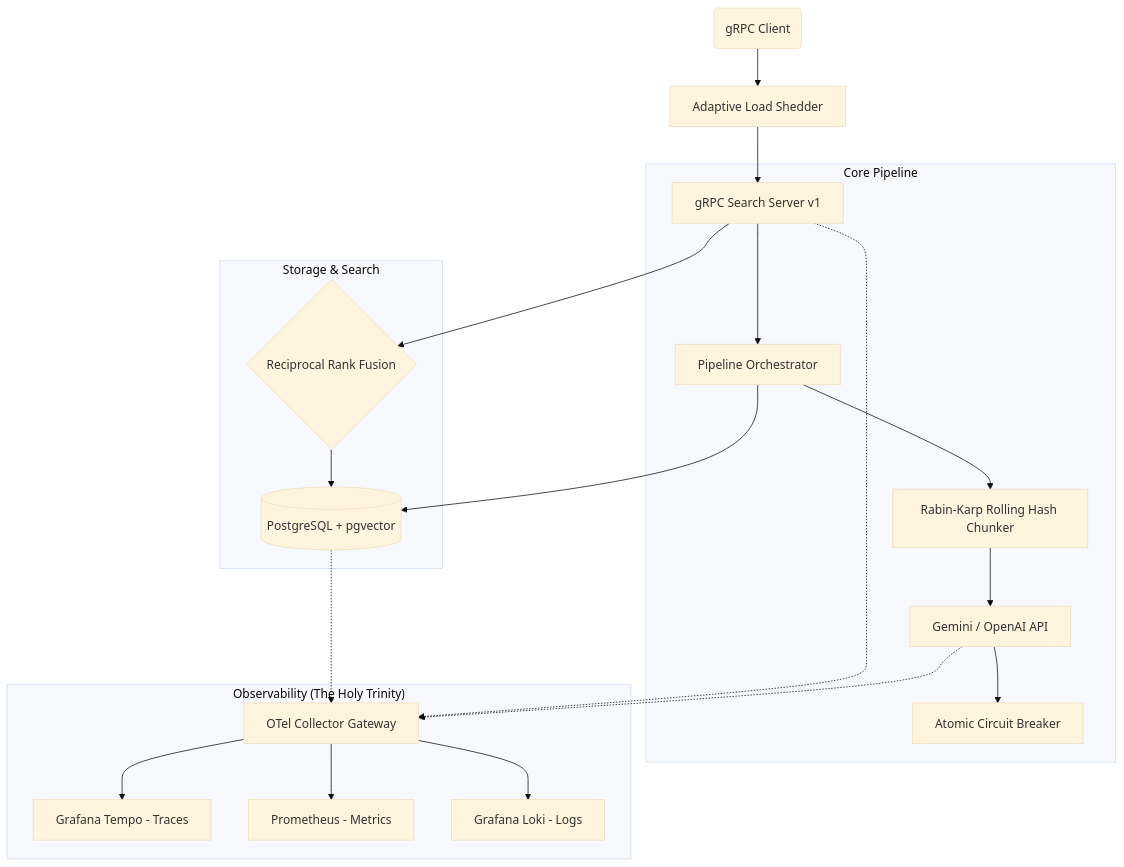
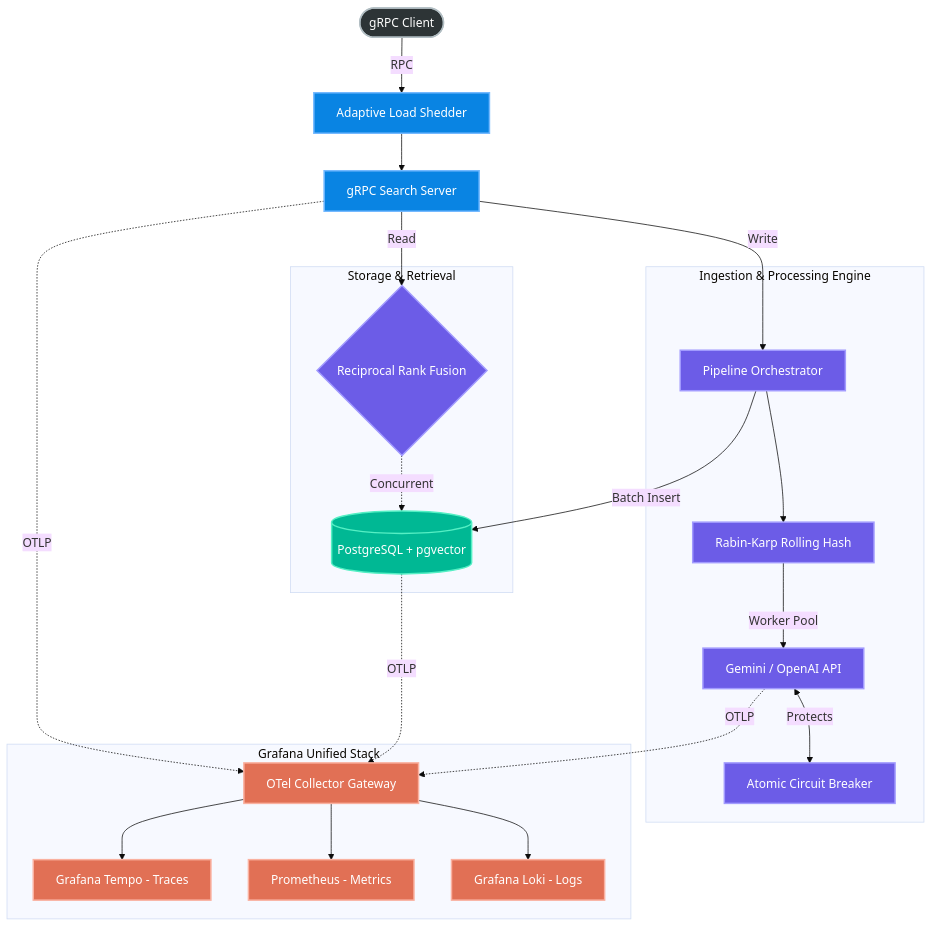
The diagram in ARCHITECTURE.md (Rebira678/Retriever), drawn with Mermaid (base theme) before and after one commit. The commit also changed other lines of this file and 2 other files, not shown here.

Commit message:
docs: elevate architecture and benchmark documentation to senior level

````diff
--- a/ARCHITECTURE.md
+++ b/ARCHITECTURE.md
@@ -7,28 +7,55 @@
 ```mermaid
 graph TD
-    Client(gRPC Client) --> RateLimiter[Adaptive Load Shedder]
-    RateLimiter --> Server[gRPC Search Server v1]
+    %% Define Styles
+    classDef client fill:#2d3436,stroke:#b2bec3,stroke-width:2px,color:#fff;
+    classDef middleware fill:#0984e3,stroke:#74b9ff,stroke-width:2px,color:#fff;
+    classDef core fill:#6c5ce7,stroke:#a29bfe,stroke-width:2px,color:#fff;
+    classDef db fill:#00b894,stroke:#55efc4,stroke-width:2px,color:#fff;
+    classDef obs fill:#e17055,stroke:#fab1a0,stroke-width:2px,color:#fff;
+
+    %% Nodes
+    Client([gRPC Client]):::client
+    RateLimiter[Adaptive Load Shedder]:::middleware
+    Server[gRPC Search Server]:::middleware
     
-    subgraph "Core Pipeline"
-        Server --> Orchestrator[Pipeline Orchestrator]
-        Orchestrator --> Chunker[Rabin-Karp Rolling Hash Chunker]
-        Chunker --> Embedder[Gemini / OpenAI API]
-        Embedder --> CB[Atomic Circuit Breaker]
+    subgraph Core Pipeline [Ingestion & Processing Engine]
+        Orchestrator[Pipeline Orchestrator]:::core
+        Chunker[Rabin-Karp Rolling Hash]:::core
+        Embedder[Gemini / OpenAI API]:::core
+        CB[Atomic Circuit Breaker]:::core
     end
     
-    subgraph "Storage & Search"
-        Orchestrator --> Postgres[(PostgreSQL + pgvector)]
-        Server --> HybridSearch{Reciprocal Rank Fusion}
-        HybridSearch --> Postgres
+    subgraph Data Layer [Storage & Retrieval]
+        Postgres[(PostgreSQL + pgvector)]:::db
+        HybridSearch{Reciprocal Rank Fusion}:::core
     end
     
-    subgraph "Observability (The Holy Trinity)"
-        Server -.-> OTel[OTel Collector Gateway]
-        Postgres -.-> OTel
-        Embedder -.-> OTel
-        
-        OTel --> Tempo[Grafana Tempo - Traces]
-        OTel --> Prometheus[Prometheus - Metrics]
-        OTel --> Loki[Grafana Loki - Logs]
+    subgraph Observability [Grafana Unified Stack]
+        OTel[OTel Collector Gateway]:::obs
+        Tempo[Grafana Tempo - Traces]:::obs
+        Prometheus[Prometheus - Metrics]:::obs
+        Loki[Grafana Loki - Logs]:::obs
     end
+
+    %% Edges
+    Client -->|RPC| RateLimiter
+    RateLimiter --> Server
+    
+    Server -->|Write| Orchestrator
+    Orchestrator --> Chunker
+    Chunker -->|Worker Pool| Embedder
+    Embedder <-->|Protects| CB
+    
+    Server -->|Read| HybridSearch
+    HybridSearch -.->|Concurrent| Postgres
+    Orchestrator -->|Batch Insert| Postgres
+    
+    %% Telemetry Edges
+    Server -.->|OTLP| OTel
+    Postgres -.->|OTLP| OTel
+    Embedder -.->|OTLP| OTel
+    
+    OTel --> Tempo
+    OTel --> Prometheus
+    OTel --> Loki
 ```
````
